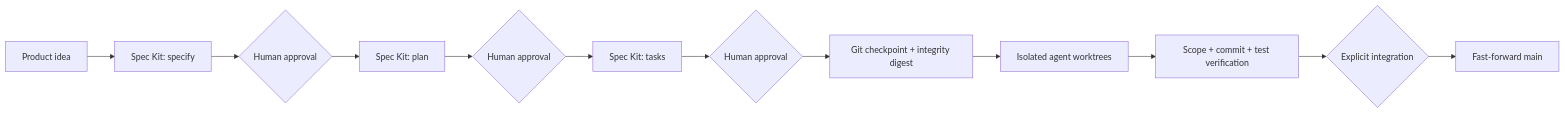
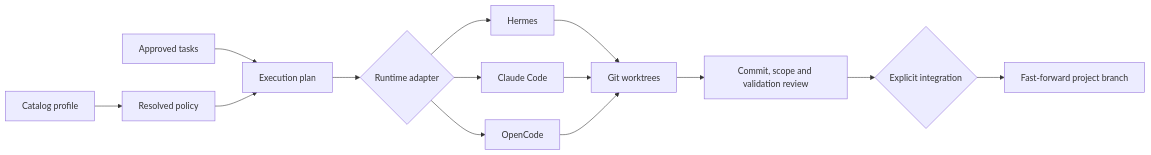
Before and after one commit to dcosodev/devplane: the diagram in README.md, drawn with Mermaid. The commit also changed other lines of this file and 34 other files, not shown here.

First line of the commit message:
[verified] feat: add organizational catalog and multi-agent runtimes

````diff
--- a/README.md
+++ b/README.md
@@ -30,14 +69,16 @@
 ```mermaid
 flowchart LR
-    A[Product idea] --> B[Spec Kit: specify]
-    B --> C{Human approval}
-    C --> D[Spec Kit: plan]
-    D --> E{Human approval}
-    E --> F[Spec Kit: tasks]
-    F --> G{Human approval}
-    G --> H[Git checkpoint + integrity digest]
-    H --> I[Isolated agent worktrees]
-    I --> J[Scope + commit + test verification]
+    A[Catalog profile] --> B[Resolved policy]
+    C[Approved tasks] --> D[Execution plan]
+    B --> D
+    D --> E{Runtime adapter}
+    E --> F[Hermes]
+    E --> G[Claude Code]
+    E --> H[OpenCode]
+    F --> I[Git worktrees]
+    G --> I
+    H --> I
+    I --> J[Commit, scope and validation review]
     J --> K{Explicit integration}
-    K --> L[Fast-forward main]
+    K --> L[Fast-forward project branch]
 ```
````
